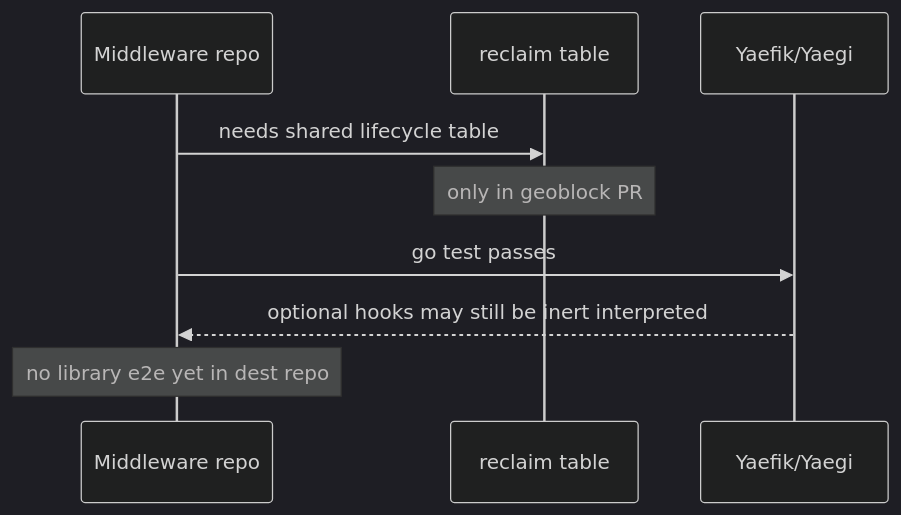
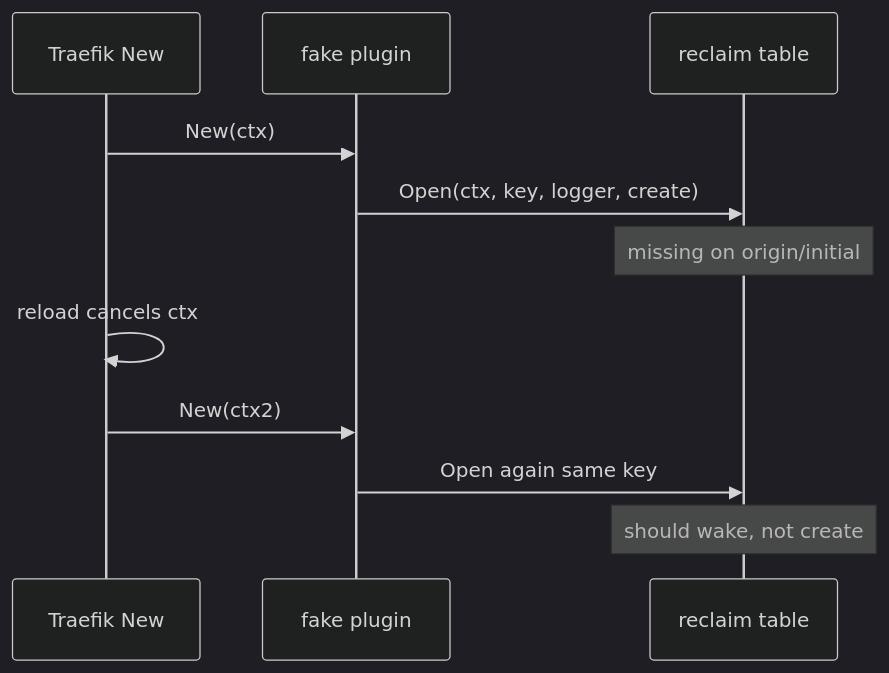
Before and after one commit to david-garcia-garcia/traefik-middleware-utilities: the diagram in devstate/2026/09/2026-09-11-reclaim-table/card.md, drawn with Mermaid (dark theme). The commit also changed other lines of this file and 6 other files, not shown here.

````diff
--- a/devstate/2026/09/2026-09-11-reclaim-table/card.md
+++ b/devstate/2026/09/2026-09-11-reclaim-table/card.md
@@ -21,11 +21,13 @@
 ```mermaid
 sequenceDiagram
-  participant M as Middleware repo
+  participant T as Traefik New
+  participant P as fake plugin
   participant R as reclaim table
-  participant Y as Yaefik/Yaegi
-  M->>R: needs shared lifecycle table
-  Note over R: only in geoblock PR #83 today
-  M->>Y: go test passes
-  Y-->>M: optional hooks may still be inert interpreted
-  Note over M: no library e2e yet in dest repo
+  T->>P: New(ctx)
+  P->>R: Open(ctx, key, logger, create)
+  Note over R: missing on origin/initial
+  T->>T: reload cancels ctx
+  T->>P: New(ctx2)
+  P->>R: Open again same key
+  Note over R: should wake, not create
 ```
````
